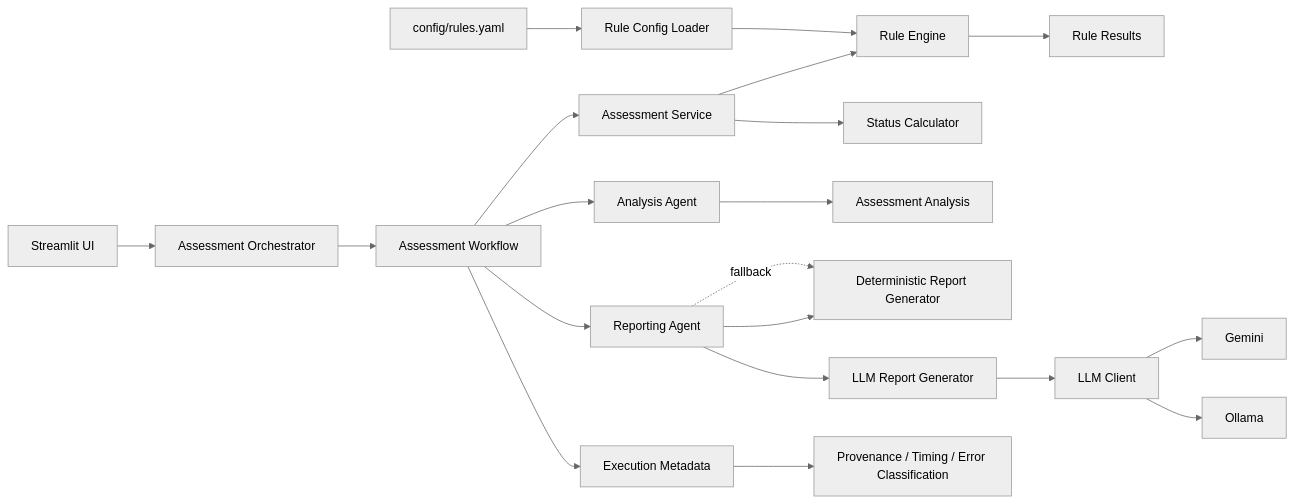
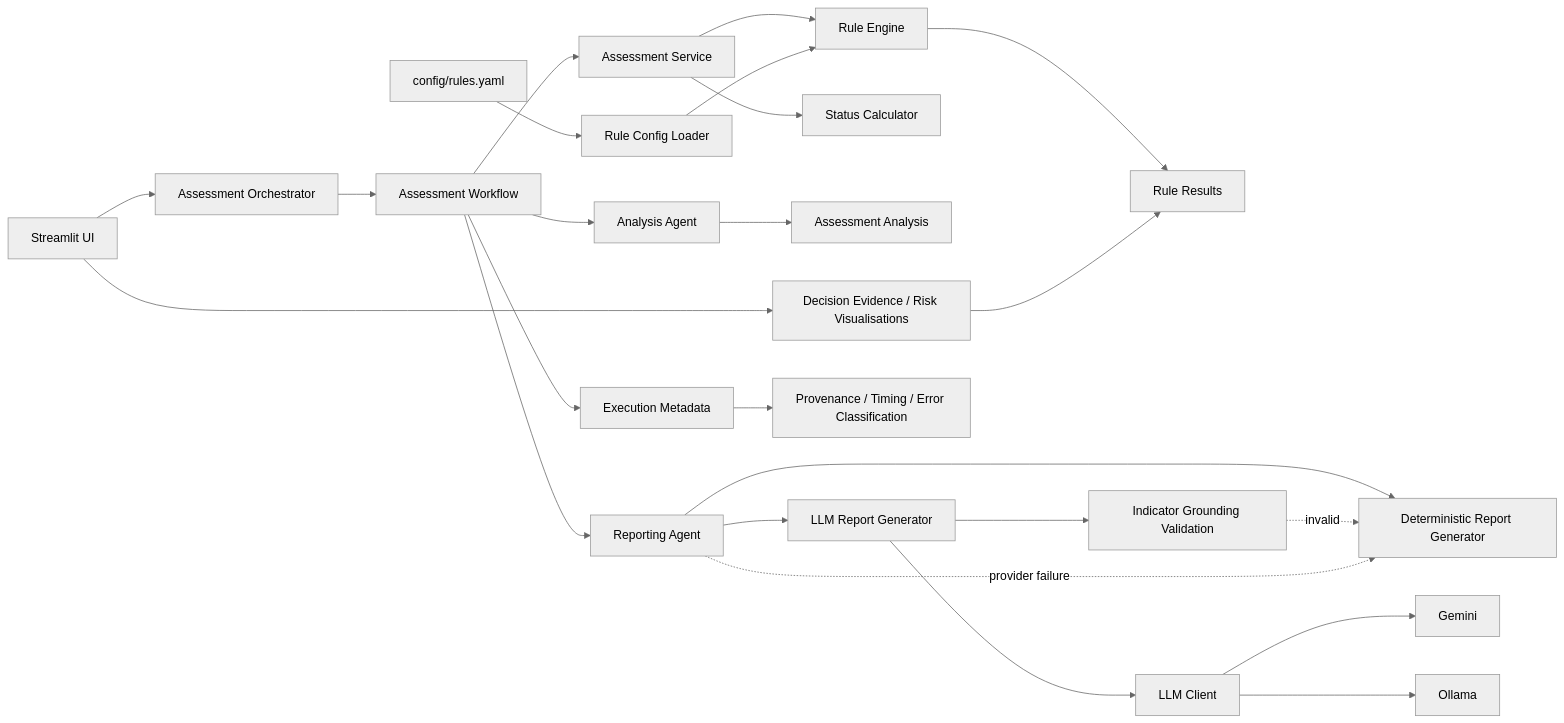
Before and after one commit to danielematix67-boop/credit-assessment-system: the diagram in docs/architecture-decisions.md, drawn with Mermaid (neutral theme). The commit also changed other lines of this file, not shown here.

Commit message:
docs: add decisions for grounded LLM reporting and evidence UI

````diff
--- a/docs/architecture-decisions.md
+++ b/docs/architecture-decisions.md
@@ -512,22 +355,26 @@
 ```mermaid
 flowchart LR
     UI[Streamlit UI] --> ORCH[Assessment Orchestrator]
     ORCH --> WF[Assessment Workflow]
     WF --> AS[Assessment Service]
     AS --> RE[Rule Engine]
     RE --> RR[Rule Results]
     AS --> SC[Status Calculator]
     WF --> AA[Analysis Agent]
     AA --> ANA[Assessment Analysis]
     WF --> RP[Reporting Agent]
     RP --> DRG[Deterministic Report Generator]
     RP --> LLMG[LLM Report Generator]
     LLMG --> LC[LLM Client]
     LC --> GEM[Gemini]
     LC --> OLL[Ollama]
-    RP -. fallback .-> DRG
+    LLMG --> VAL[Indicator Grounding Validation]
+    VAL -. invalid .-> DRG
+    RP -. provider failure .-> DRG
     WF --> META[Execution Metadata]
     META --> TRACE[Provenance / Timing / Error Classification]
     CFG[config/rules.yaml] --> RCL[Rule Config Loader]
     RCL --> RE
+    UI --> EVID[Decision Evidence / Risk Visualisations]
+    EVID --> RR
 ```
````
